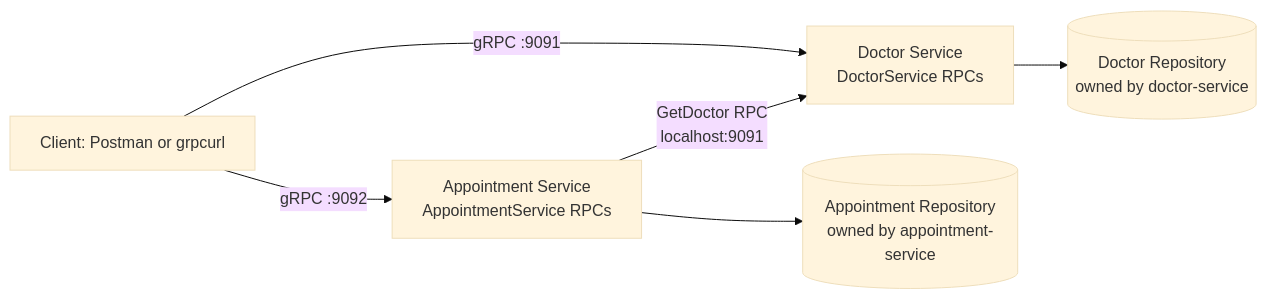
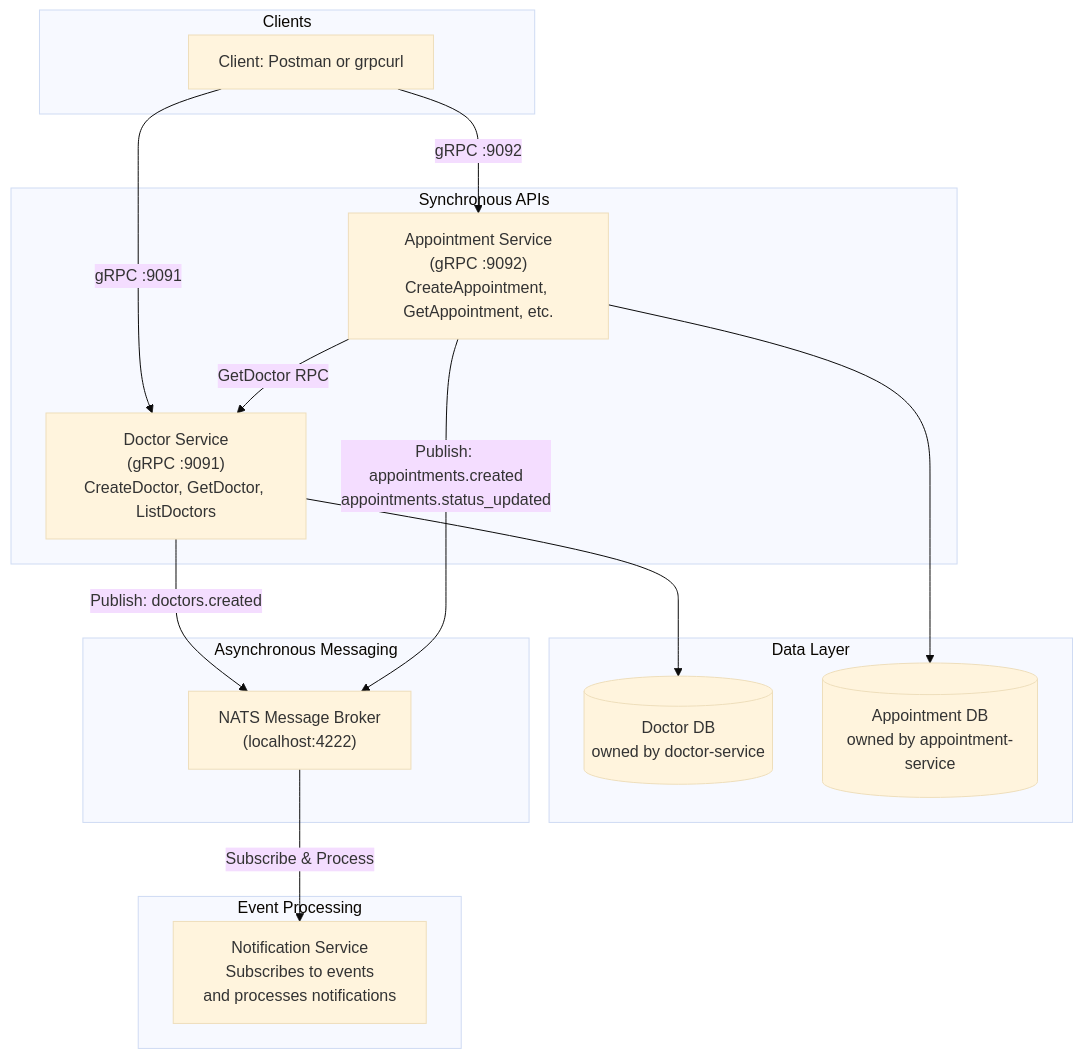
The diagram in README.md (QosmuratSamat0/doctor), drawn with Mermaid (base theme) before and after one commit. The commit also changed other lines of this file and 60 other files, not shown here.

Commit message:
added notification service

````diff
--- a/README.md
+++ b/README.md
@@ -23,9 +25,34 @@
 ```mermaid
-flowchart LR
-    C[Client: Postman or grpcurl]
-    C -->|gRPC :9091| DS[Doctor Service\nDoctorService RPCs]
-    C -->|gRPC :9092| AS[Appointment Service\nAppointmentService RPCs]
-    DS --> DDB[(Doctor Repository\nowned by doctor-service)]
-    AS --> ADB[(Appointment Repository\nowned by appointment-service)]
-    AS -->|GetDoctor RPC\nlocalhost:9091| DS
+graph TB
+    subgraph "Clients"
+        C[Client: Postman or grpcurl]
+    end
+    
+    subgraph "Synchronous APIs"
+        DS["Doctor Service<br/>(gRPC :9091)<br/>CreateDoctor, GetDoctor, ListDoctors"]
+        AS["Appointment Service<br/>(gRPC :9092)<br/>CreateAppointment, GetAppointment, etc."]
+    end
+    
+    subgraph "Data Layer"
+        DDB[(Doctor DB<br/>owned by doctor-service)]
+        ADB[(Appointment DB<br/>owned by appointment-service)]
+    end
+    
+    subgraph "Asynchronous Messaging"
+        NATS["NATS Message Broker<br/>(localhost:4222)"]
+    end
+    
+    subgraph "Event Processing"
+        NS["Notification Service<br/>Subscribes to events<br/>and processes notifications"]
+    end
+    
+    C -->|gRPC :9091| DS
+    C -->|gRPC :9092| AS
+    DS --> DDB
+    AS --> ADB
+    AS -->|GetDoctor RPC| DS
+    
+    DS -->|Publish: doctors.created| NATS
+    AS -->|Publish: appointments.created<br/>appointments.status_updated| NATS
+    NATS -->|Subscribe & Process| NS
 ```
````
